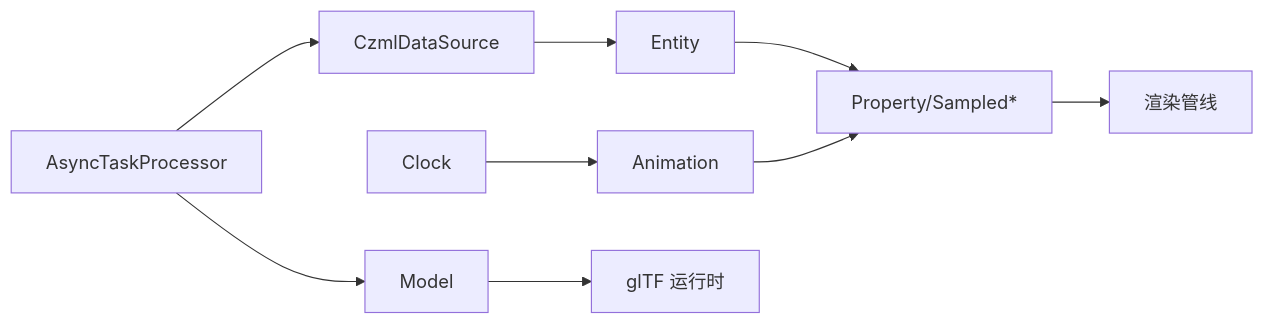
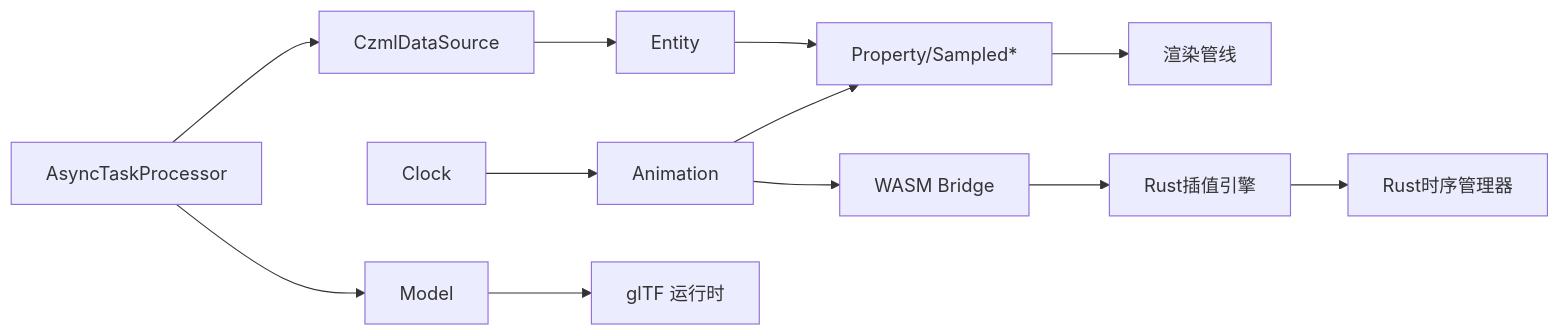
Before and after one commit to rzhangjing/cesium: diagram 13 of 13 in .qoder/repowiki/zh/content/项目概述/核心特性/动画与时间系统.md, drawn with Mermaid. The commit also changed other lines of this file and 60 other files, not shown here.

````diff
--- a/.qoder/repowiki/zh/content/项目概述/核心特性/动画与时间系统.md
+++ b/.qoder/repowiki/zh/content/项目概述/核心特性/动画与时间系统.md
@@ -380,11 +590,14 @@
 ```mermaid
 graph LR
 CZML["CzmlDataSource"] --> ENT["Entity"]
 ENT --> PROP["Property/Sampled*"]
 PROP --> RENDER["渲染管线"]
 CLOCK["Clock"] --> ANIM["Animation"]
 ANIM --> PROP
 MODEL["Model"] --> GLTF["glTF 运行时"]
 ATP["AsyncTaskProcessor"] --> CZML
 ATP --> MODEL
+ANIM --> WAB["WASM Bridge"]
+WAB --> RUST_INT["Rust插值引擎"]
+RUST_INT --> RUST_TL["Rust时序管理器"]
 ```
````
